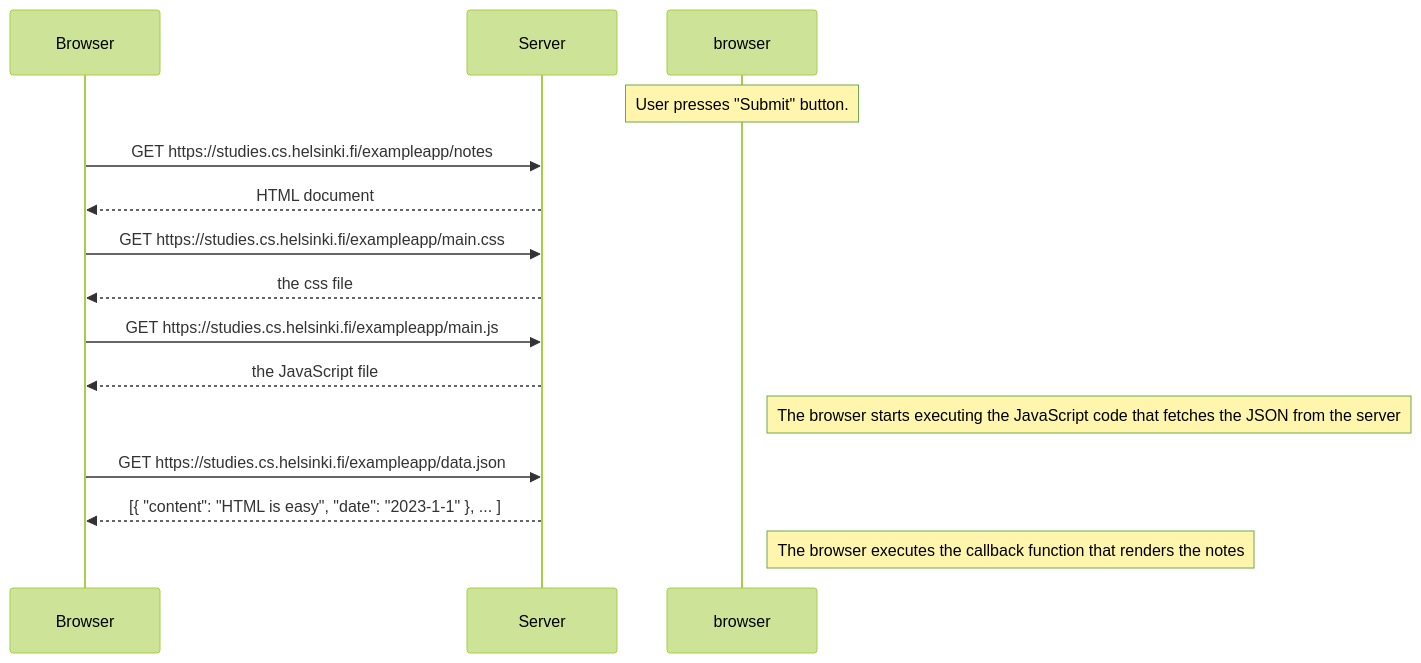
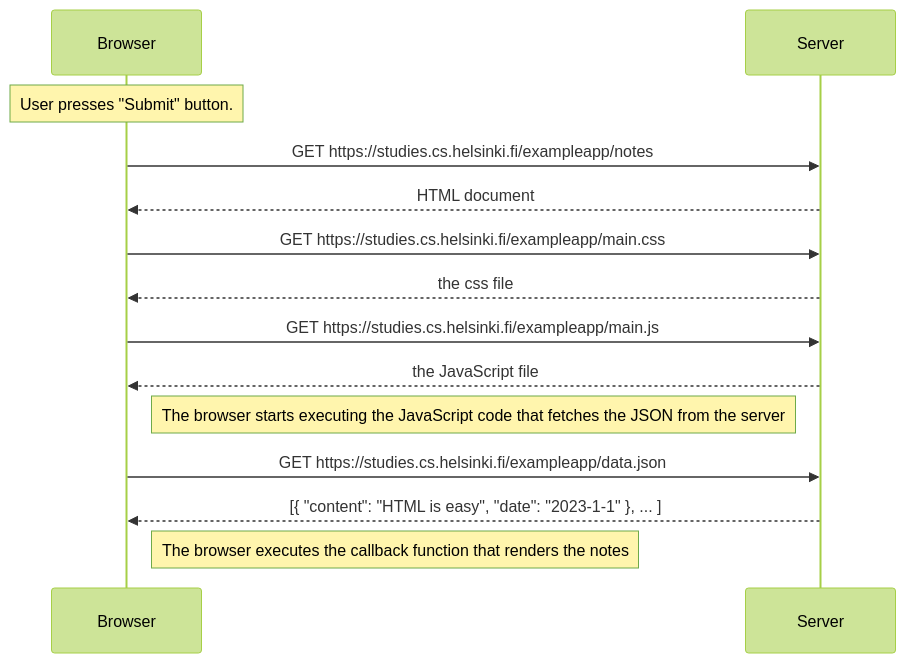
The diagram in part0/excercise0-4.md (szmaragdynia/FullstackLearning), drawn with Mermaid (forest theme) before and after one commit.

Commit message:
refurbishing mermaid sequence diagram syntax

````diff
--- a/part0/excercise0-4.md
+++ b/part0/excercise0-4.md
@@ -1,24 +1,24 @@
 ```mermaid
 sequenceDiagram
     participant b as Browser
     participant s as Server
     
-    Note over browser: User presses "Submit" button.
+    Note over b: User presses "Submit" button.
 
     b->>s: GET https://studies.cs.helsinki.fi/exampleapp/notes
     s-->>b: HTML document
     
     b->>s: GET https://studies.cs.helsinki.fi/exampleapp/main.css
     s-->>b: the css file
     
     b->>s: GET https://studies.cs.helsinki.fi/exampleapp/main.js
     s-->>b: the JavaScript file
     
-    Note right of browser: The browser starts executing the JavaScript code that fetches the JSON from the server
+    Note right of b: The browser starts executing the JavaScript code that fetches the JSON from the server
     
     b->>s: GET https://studies.cs.helsinki.fi/exampleapp/data.json
     s-->>b: [{ "content": "HTML is easy", "date": "2023-1-1" }, ... ]
 
-    Note right of browser: The browser executes the callback function that renders the notes
+    Note right of b: The browser executes the callback function that renders the notes
     
 ```
````
